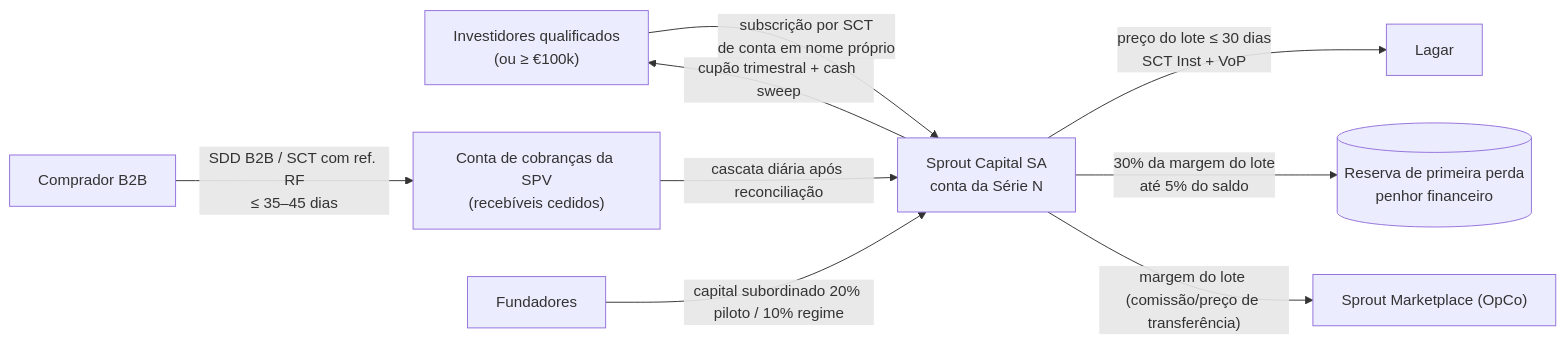
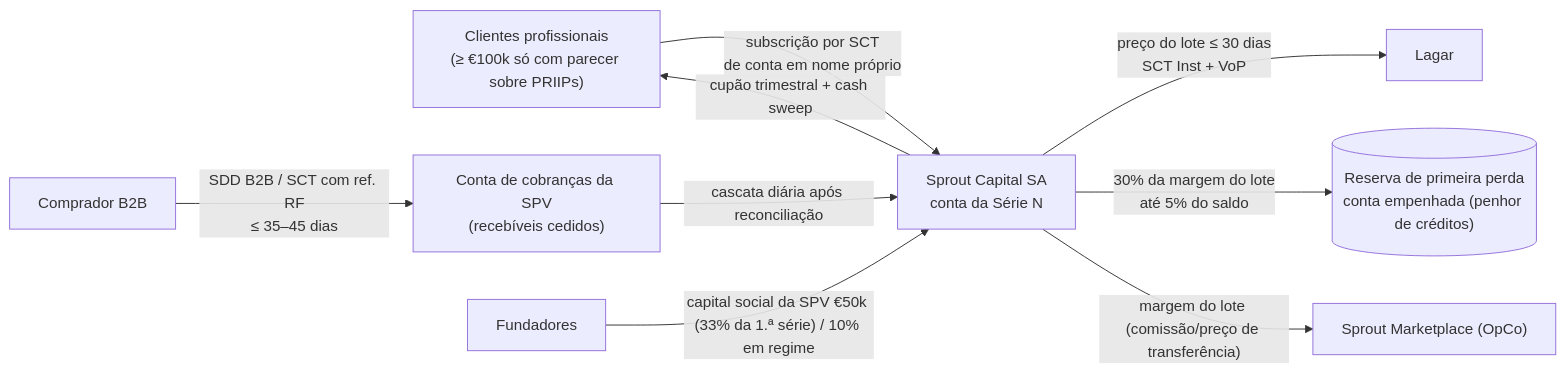
Before and after one commit to rgvduarte/Sprout: the second of 4 diagrams in docs/research/01-desenho-do-modelo.md, drawn with Mermaid. The commit also changed other lines of this file and 31 other files, not shown here.

````diff
--- a/docs/research/01-desenho-do-modelo.md
+++ b/docs/research/01-desenho-do-modelo.md
@@ -67,11 +71,11 @@
 ```mermaid
 flowchart LR
-  I["Investidores qualificados<br/>(ou ≥ €100k)"] -->|"subscrição por SCT<br/>de conta em nome próprio"| S["Sprout Capital SA<br/>conta da Série N"]
+  I["Clientes profissionais<br/>(≥ €100k só com parecer sobre PRIIPs)"] -->|"subscrição por SCT<br/>de conta em nome próprio"| S["Sprout Capital SA<br/>conta da Série N"]
   S -->|"preço do lote ≤ 30 dias<br/>SCT Inst + VoP"| L["Lagar"]
   C["Comprador B2B"] -->|"SDD B2B / SCT com ref. RF<br/>≤ 35–45 dias"| K["Conta de cobranças da SPV<br/>(recebíveis cedidos)"]
   K -->|"cascata diária após reconciliação"| S
-  S -->|"30% da margem do lote<br/>até 5% do saldo"| R[("Reserva de primeira perda<br/>penhor financeiro")]
+  S -->|"30% da margem do lote<br/>até 5% do saldo"| R[("Reserva de primeira perda<br/>conta empenhada (penhor de créditos)")]
   S -->|"margem do lote (comissão/preço de transferência)"| O["Sprout Marketplace (OpCo)"]
   S -->|"cupão trimestral + cash sweep"| I
-  F["Fundadores"] -->|"capital subordinado 20% piloto / 10% regime"| S
+  F["Fundadores"] -->|"capital social da SPV €50k (33% da 1.ª série) / 10% em regime"| S
 ```
````
